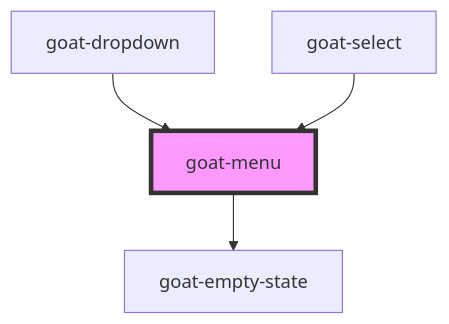
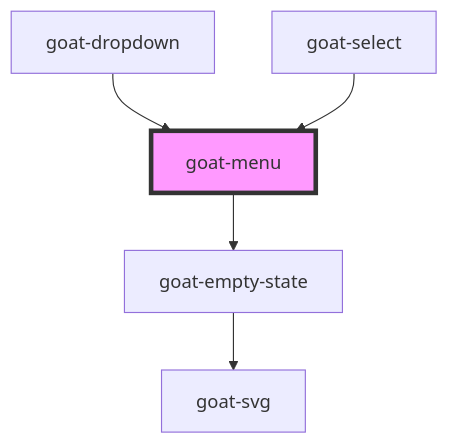
One commit to goatui/components changed the diagram in src/components/menu/menu/readme.md. Above: the diagram before and after it, drawn with Mermaid. The commit also changed 314 other files, not shown here.

````diff
--- a/src/components/menu/menu/readme.md
+++ b/src/components/menu/menu/readme.md
@@ -44,7 +44,8 @@
 ```mermaid
 graph TD;
   goat-menu --> goat-empty-state
+  goat-empty-state --> goat-svg
   goat-dropdown --> goat-menu
   goat-select --> goat-menu
   style goat-menu fill:#f9f,stroke:#333,stroke-width:4px
 ```
````
